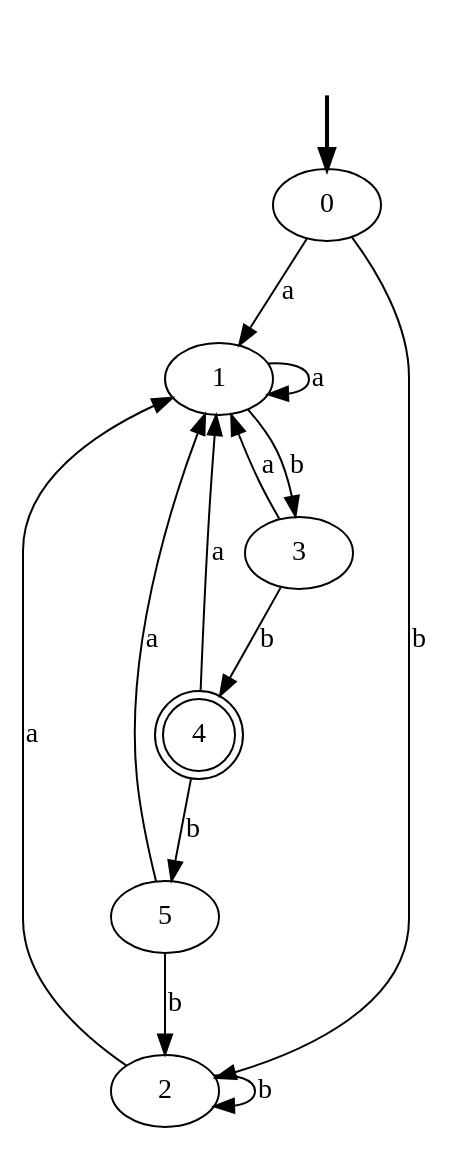
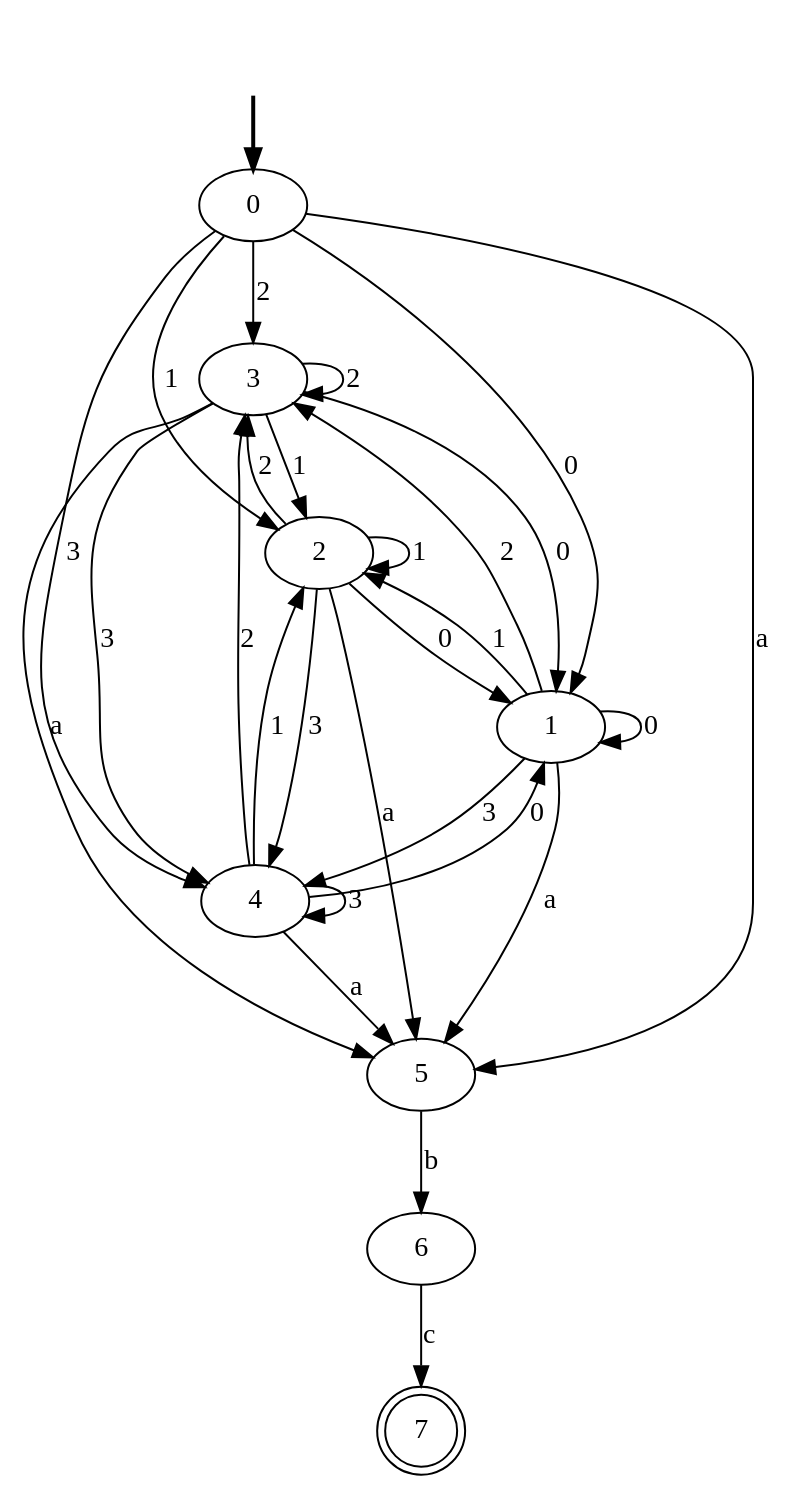
Before and after one commit to maupeon/Compiladores: the diagram in Tarea 1/output_DFA.dot, drawn with Graphviz. The commit also changed 421 other files, not shown here.

```diff
--- a/Tarea 1/output_DFA.dot
+++ b/Tarea 1/output_DFA.dot
@@ -1,22 +1,39 @@
 digraph {
 	fake [style=invisible]
-	1
-	5
-	0 [root=true]
 	3
 	2
-	4 [shape=doublecircle]
+	6
+	1
+	7 [shape=doublecircle]
+	0 [root=true]
+	4
+	5
 	fake -> 0 [style=bold]
-	0 -> 1 [label=a]
-	0 -> 2 [label=b]
-	1 -> 1 [label=a]
-	1 -> 3 [label=b]
-	2 -> 1 [label=a]
-	2 -> 2 [label=b]
-	3 -> 1 [label=a]
-	3 -> 4 [label=b]
-	4 -> 1 [label=a]
-	4 -> 5 [label=b]
-	5 -> 1 [label=a]
-	5 -> 2 [label=b]
+	0 -> 1 [label=0]
+	0 -> 2 [label=1]
+	0 -> 3 [label=2]
+	0 -> 4 [label=3]
+	0 -> 5 [label=a]
+	1 -> 1 [label=0]
+	1 -> 2 [label=1]
+	1 -> 3 [label=2]
+	1 -> 4 [label=3]
+	1 -> 5 [label=a]
+	2 -> 1 [label=0]
+	2 -> 2 [label=1]
+	2 -> 3 [label=2]
+	2 -> 4 [label=3]
+	2 -> 5 [label=a]
+	3 -> 1 [label=0]
+	3 -> 2 [label=1]
+	3 -> 3 [label=2]
+	3 -> 4 [label=3]
+	3 -> 5 [label=a]
+	4 -> 1 [label=0]
+	4 -> 2 [label=1]
+	4 -> 3 [label=2]
+	4 -> 4 [label=3]
+	4 -> 5 [label=a]
+	5 -> 6 [label=b]
+	6 -> 7 [label=c]
 }
```
